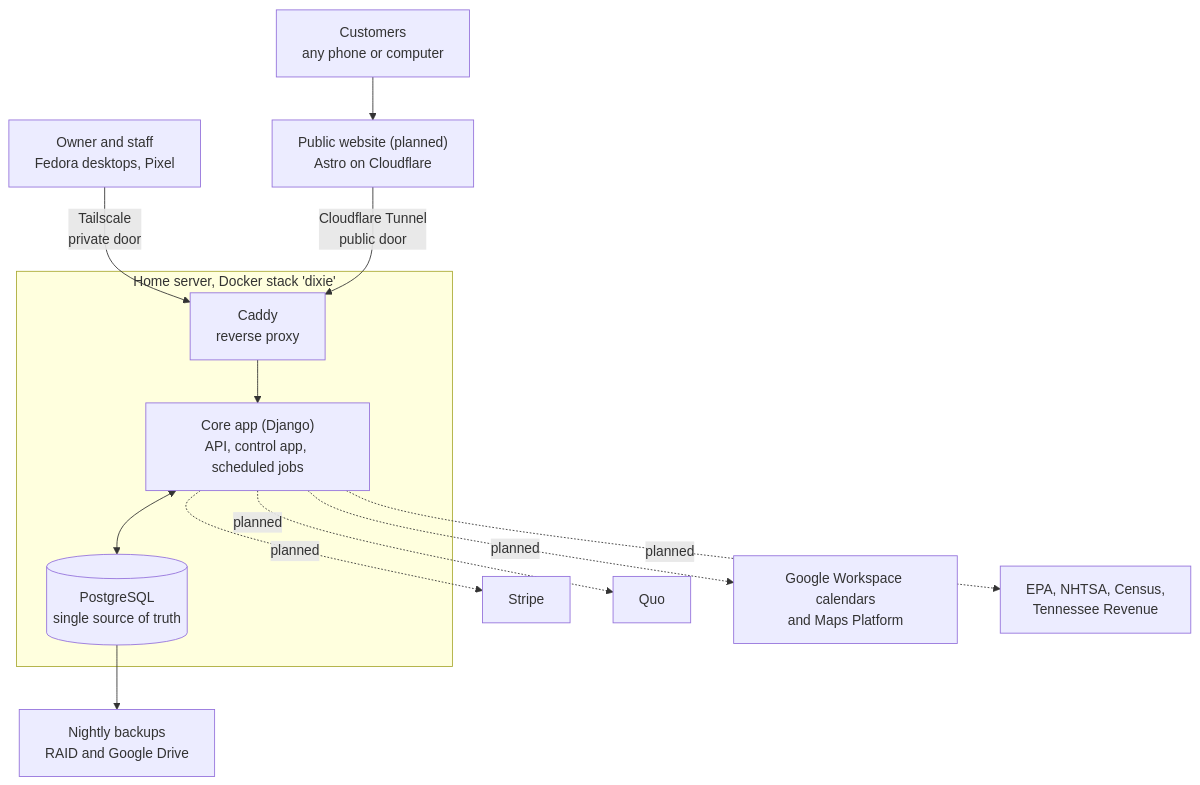
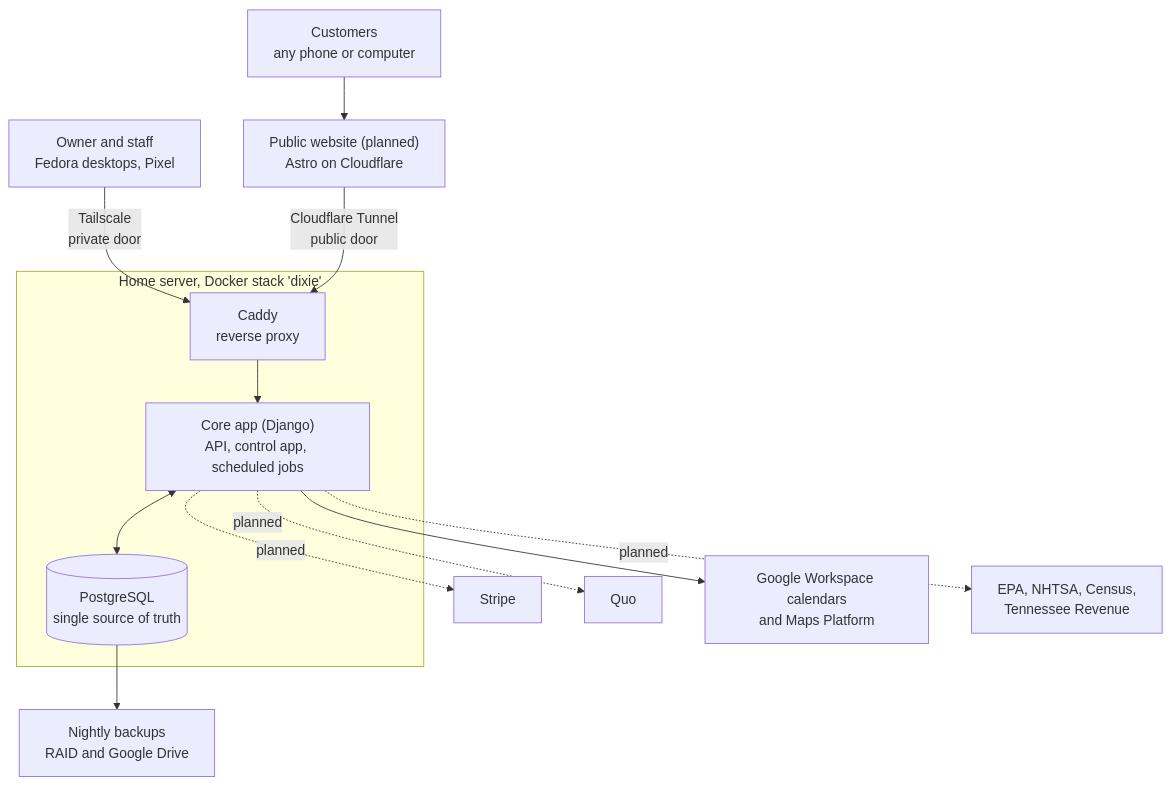
The diagram in docs/architecture/system-overview.md (UninterestingUser/Dixie-Detail-portfolio), drawn with Mermaid before and after one commit. The commit also changed other lines of this file and 55 other files, not shown here.

````diff
--- a/docs/architecture/system-overview.md
+++ b/docs/architecture/system-overview.md
@@ -18,20 +18,20 @@
 ```mermaid
 flowchart TB
     customers["Customers<br/>any phone or computer"] --> website["Public website (planned)<br/>Astro on Cloudflare"]
     staff["Owner and staff<br/>Fedora desktops, Pixel"] -- "Tailscale<br/>private door" --> caddy
     website -- "Cloudflare Tunnel<br/>public door" --> caddy
 
     subgraph server["Home server, Docker stack 'dixie'"]
         caddy["Caddy<br/>reverse proxy"]
         core["Core app (Django)<br/>API, control app, scheduled jobs"]
         db[("PostgreSQL<br/>single source of truth")]
         caddy --> core
         core <--> db
     end
 
     core -. planned .-> stripe["Stripe"]
     core -. planned .-> quo["Quo"]
-    core -. planned .-> google["Google Workspace calendars<br/>and Maps Platform"]
+    core --> google["Google Workspace calendars<br/>and Maps Platform"]
     core -. planned .-> govdata["EPA, NHTSA, Census,<br/>Tennessee Revenue"]
     db --> backups["Nightly backups<br/>RAID and Google Drive"]
 ```
````
